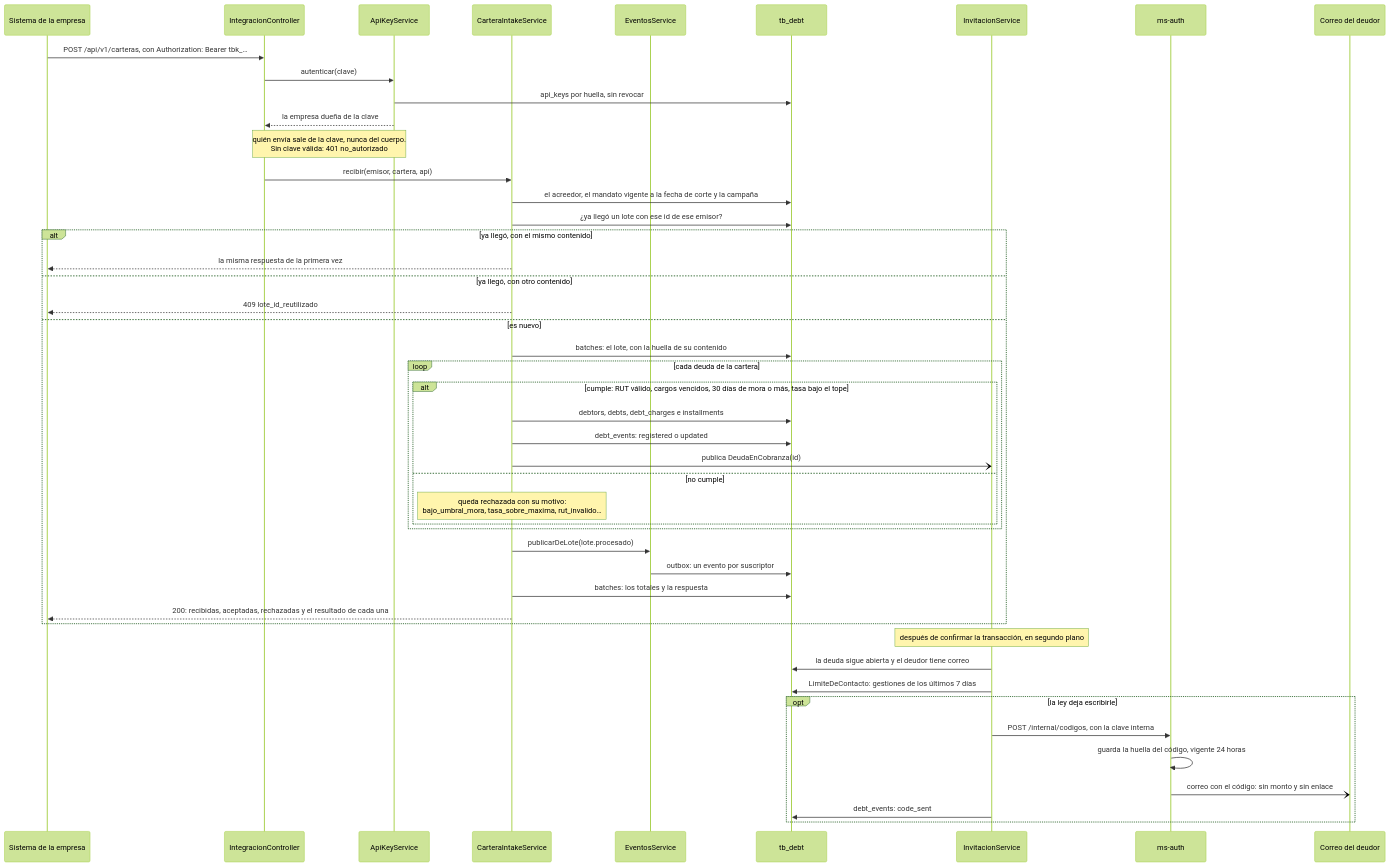
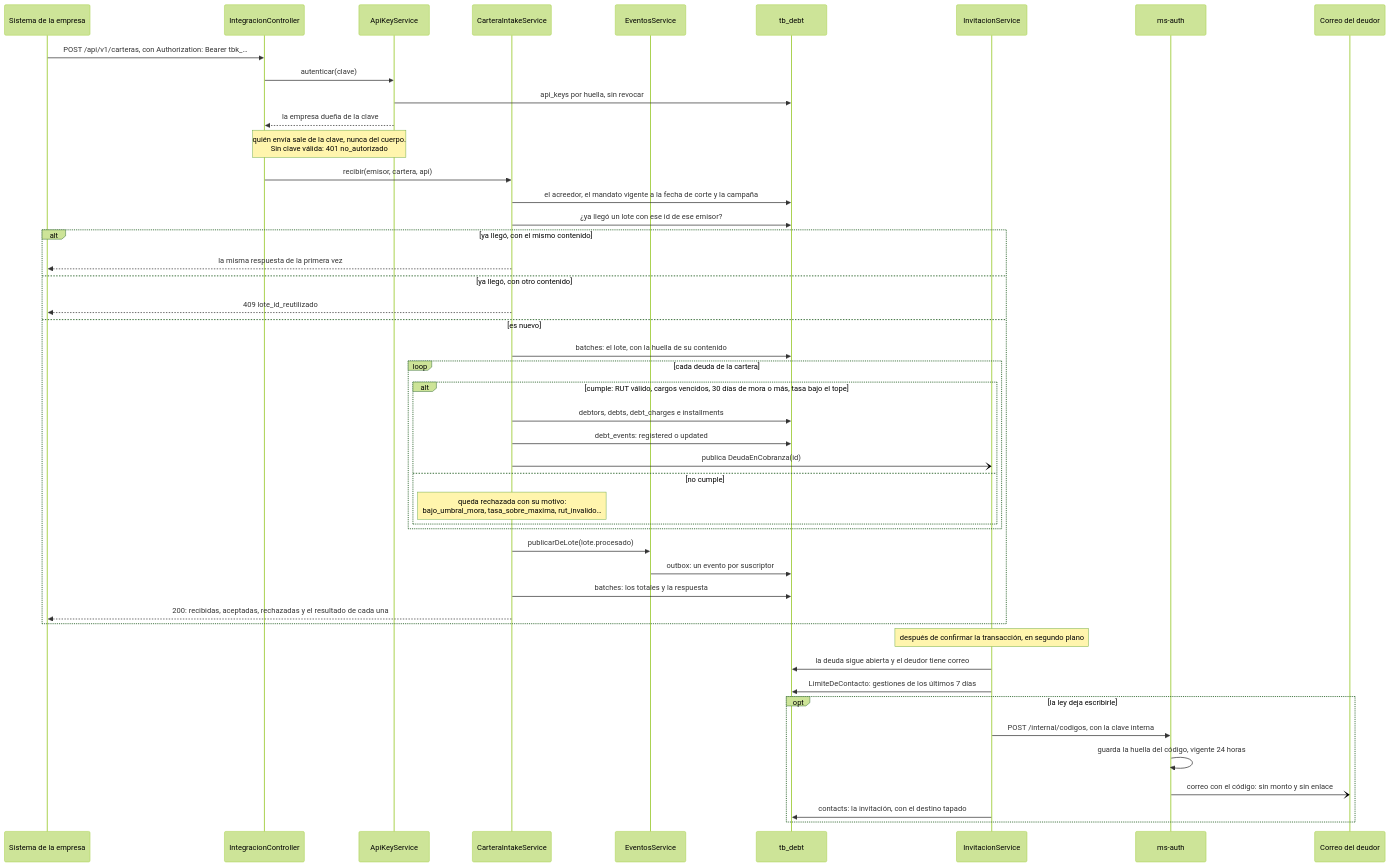
Before and after one commit to TechnicalBridge/DataBridge: the fourth of 16 diagrams in docs/diagramas/secuencia.md, drawn with Mermaid (forest theme). The commit also changed other lines of this file and 33 other files, not shown here.

````diff
--- a/docs/diagramas/secuencia.md
+++ b/docs/diagramas/secuencia.md
@@ -201,51 +201,51 @@
 ```mermaid
 sequenceDiagram
     participant S as Sistema de la empresa
     participant IC as IntegracionController
     participant AK as ApiKeyService
     participant CI as CarteraIntakeService
     participant ES as EventosService
     participant B as tb_debt
     participant IV as InvitacionService
     participant AU as ms-auth
     participant C as Correo del deudor
 
     S->>IC: POST /api/v1/carteras, con Authorization: Bearer tbk_…
     IC->>AK: autenticar(clave)
     AK->>B: api_keys por huella, sin revocar
     AK-->>IC: la empresa dueña de la clave
     Note over IC,AK: quién envía sale de la clave, nunca del cuerpo.<br/>Sin clave válida: 401 no_autorizado
     IC->>CI: recibir(emisor, cartera, api)
     CI->>B: el acreedor, el mandato vigente a la fecha de corte y la campaña
     CI->>B: ¿ya llegó un lote con ese id de ese emisor?
     alt ya llegó, con el mismo contenido
         CI-->>S: la misma respuesta de la primera vez
     else ya llegó, con otro contenido
         CI-->>S: 409 lote_id_reutilizado
     else es nuevo
         CI->>B: batches: el lote, con la huella de su contenido
         loop cada deuda de la cartera
             alt cumple: RUT válido, cargos vencidos, 30 días de mora o más, tasa bajo el tope
                 CI->>B: debtors, debts, debt_charges e installments
                 CI->>B: debt_events: registered o updated
                 CI-)IV: publica DeudaEnCobranza(id)
             else no cumple
                 Note over CI: queda rechazada con su motivo:<br/>bajo_umbral_mora, tasa_sobre_maxima, rut_invalido…
             end
         end
         CI->>ES: publicarDeLote(lote.procesado)
         ES->>B: outbox: un evento por suscriptor
         CI->>B: batches: los totales y la respuesta
         CI-->>S: 200: recibidas, aceptadas, rechazadas y el resultado de cada una
     end
 
     Note over IV: después de confirmar la transacción, en segundo plano
     IV->>B: la deuda sigue abierta y el deudor tiene correo
     IV->>B: LimiteDeContacto: gestiones de los últimos 7 días
     opt la ley deja escribirle
         IV->>AU: POST /internal/codigos, con la clave interna
         AU->>AU: guarda la huella del código, vigente 24 horas
         AU-)C: correo con el código: sin monto y sin enlace
-        IV->>B: debt_events: code_sent
+        IV->>B: contacts: la invitación, con el destino tapado
     end
 ```
````
